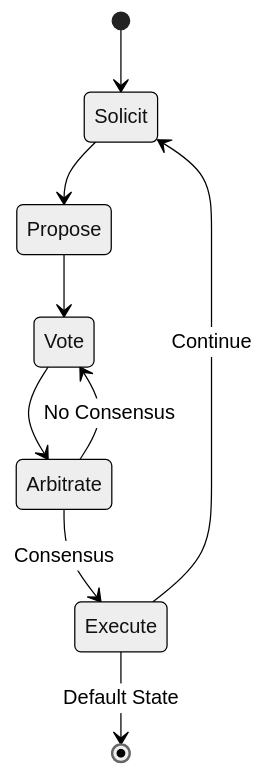
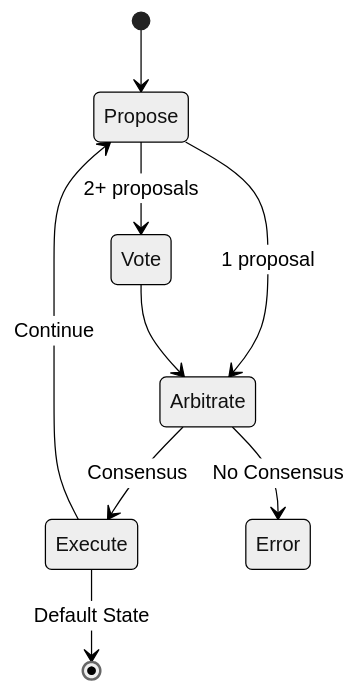
Before and after one commit to eloquentanalytics/dialai: the second of 2 diagrams in website/docs/concepts/intro.md, drawn with Mermaid (neutral theme). The commit also changed other lines of this file and 46 other files, not shown here.

````diff
--- a/website/docs/concepts/intro.md
+++ b/website/docs/concepts/intro.md
@@ -82,11 +79,11 @@
 ```mermaid
 stateDiagram-v2
-    [*] --> Solicit
-    Solicit --> Propose
-    Propose --> Vote
+    [*] --> Propose
+    Propose --> Vote: 2+ proposals
+    Propose --> Arbitrate: 1 proposal
     Vote --> Arbitrate
     Arbitrate --> Execute: Consensus
-    Arbitrate --> Vote: No Consensus
+    Arbitrate --> Error: No Consensus
     Execute --> [*]: Default State
-    Execute --> Solicit: Continue
+    Execute --> Propose: Continue
 ```
````
